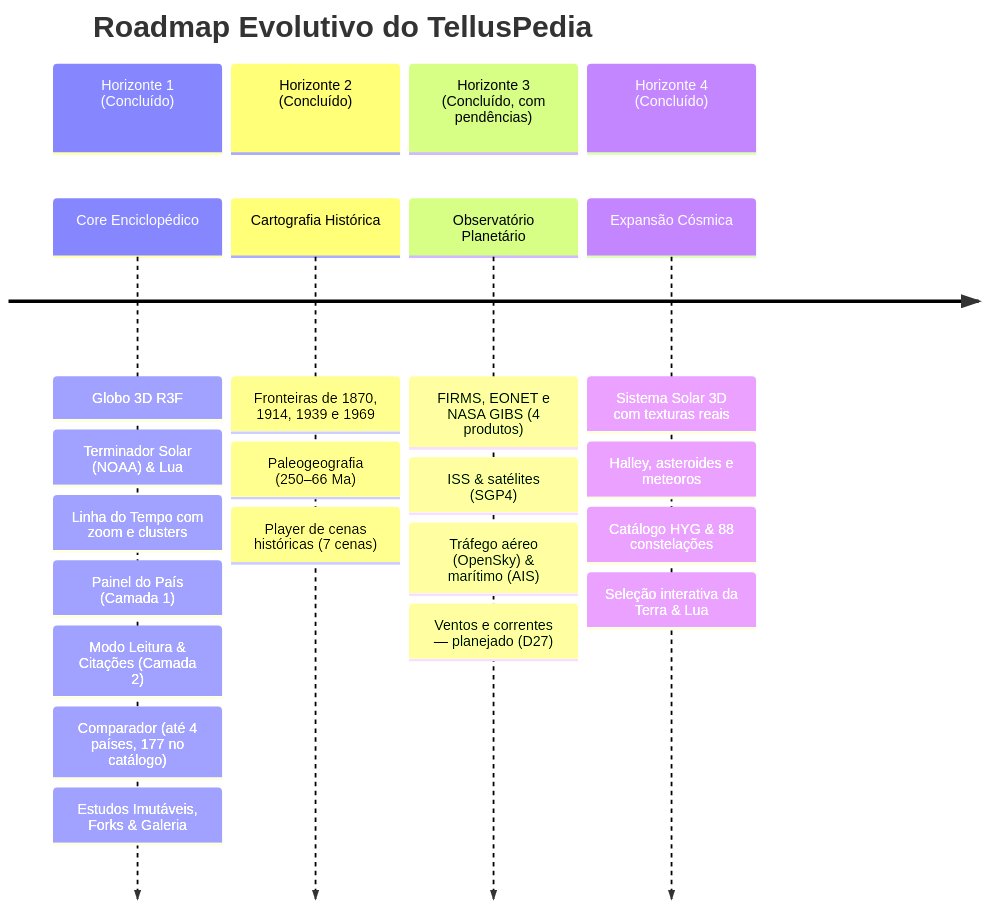
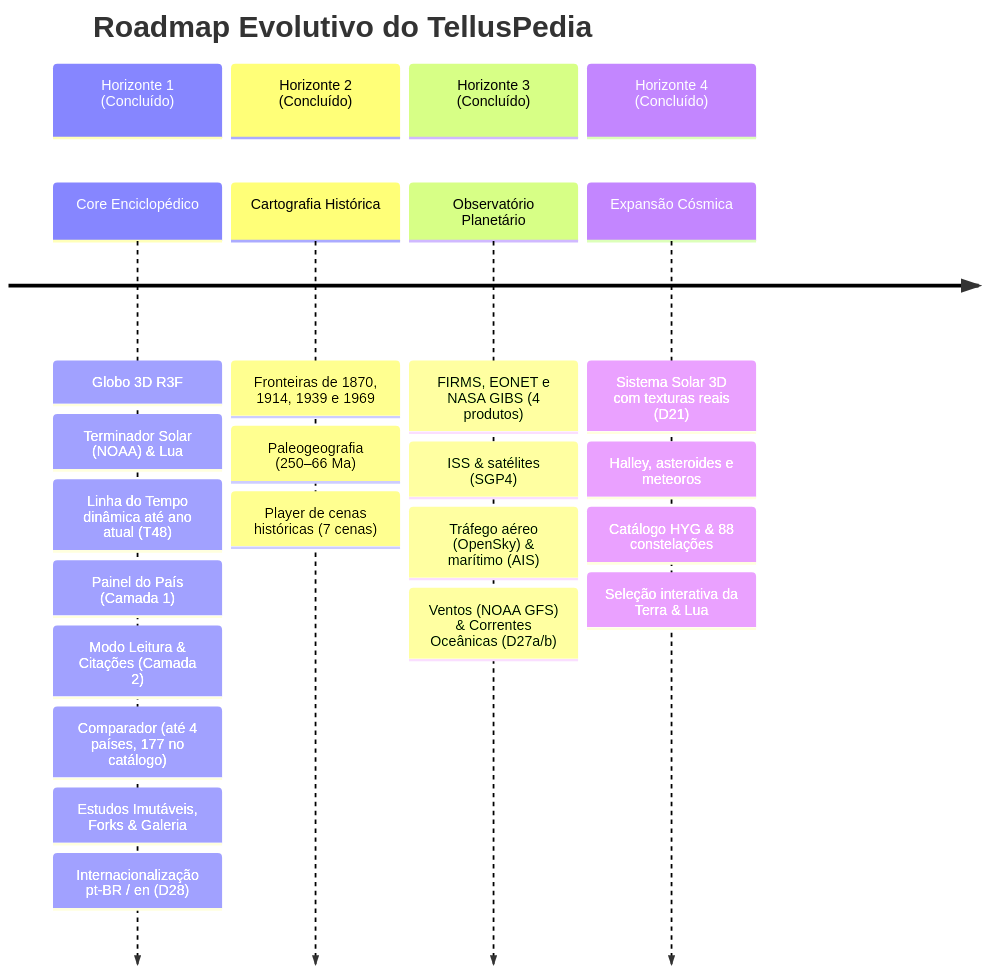
One commit to AyrtonLoks/telluspedia changed the diagram in docs/ROADMAP.md. Above: the diagram before and after it, drawn with Mermaid. The commit also changed other lines of this file and 8 other files, not shown here.

````diff
--- a/docs/ROADMAP.md
+++ b/docs/ROADMAP.md
@@ -7,26 +7,27 @@
 ```mermaid
 timeline
     title Roadmap Evolutivo do TellusPedia
     section Horizonte 1 (Concluído)
         Core Enciclopédico : Globo 3D R3F
                            : Terminador Solar (NOAA) & Lua
-                           : Linha do Tempo com zoom e clusters
+                           : Linha do Tempo dinâmica até ano atual (T48)
                            : Painel do País (Camada 1)
                            : Modo Leitura & Citações (Camada 2)
                            : Comparador (até 4 países, 177 no catálogo)
                            : Estudos Imutáveis, Forks & Galeria
+                           : Internacionalização pt-BR / en (D28)
     section Horizonte 2 (Concluído)
         Cartografia Histórica : Fronteiras de 1870, 1914, 1939 e 1969
                               : Paleogeografia (250–66 Ma)
                               : Player de cenas históricas (7 cenas)
-    section Horizonte 3 (Concluído, com pendências)
+    section Horizonte 3 (Concluído)
         Observatório Planetário : FIRMS, EONET e NASA GIBS (4 produtos)
                                : ISS & satélites (SGP4)
                                : Tráfego aéreo (OpenSky) & marítimo (AIS)
-                               : Ventos e correntes — planejado (D27)
+                               : Ventos (NOAA GFS) & Correntes Oceânicas (D27a/b)
     section Horizonte 4 (Concluído)
-        Expansão Cósmica : Sistema Solar 3D com texturas reais
+        Expansão Cósmica : Sistema Solar 3D com texturas reais (D21)
                         : Halley, asteroides e meteoros
                         : Catálogo HYG & 88 constelações
                         : Seleção interativa da Terra & Lua
 ```
````
